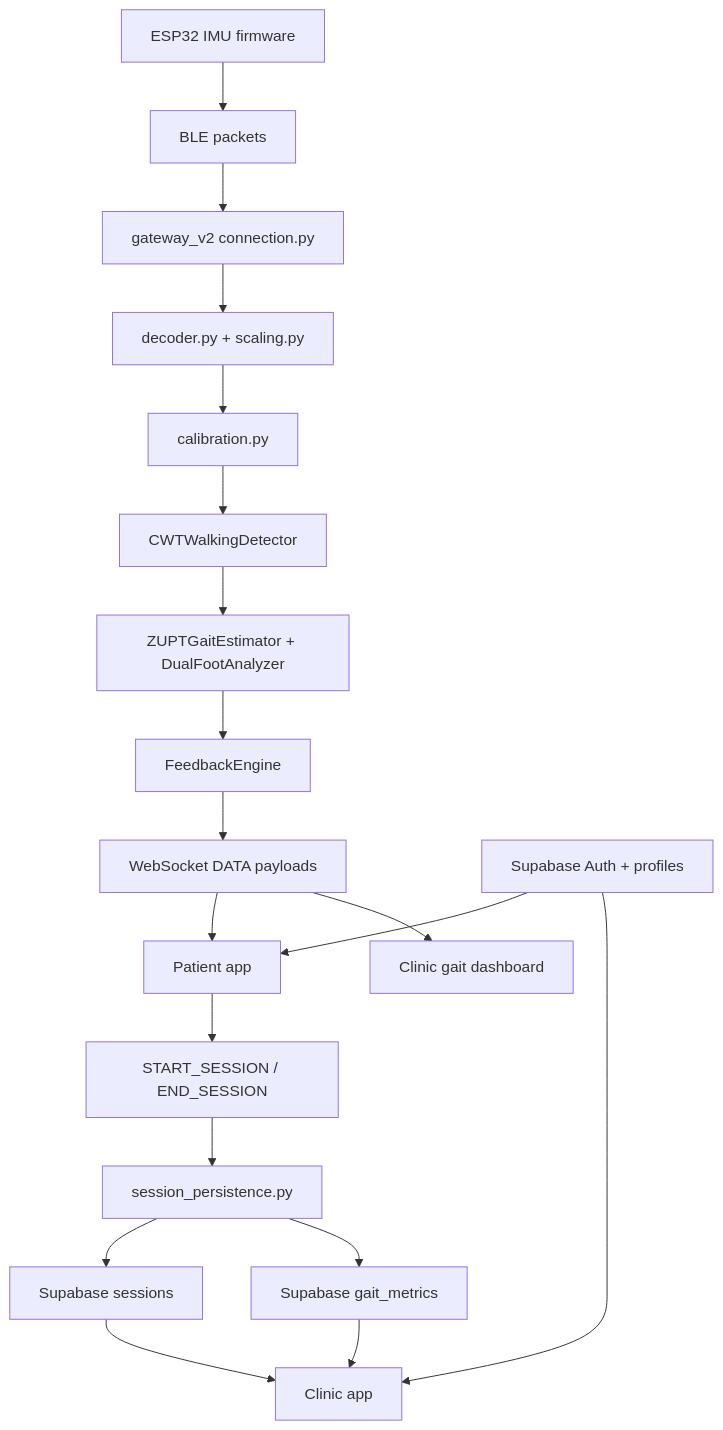
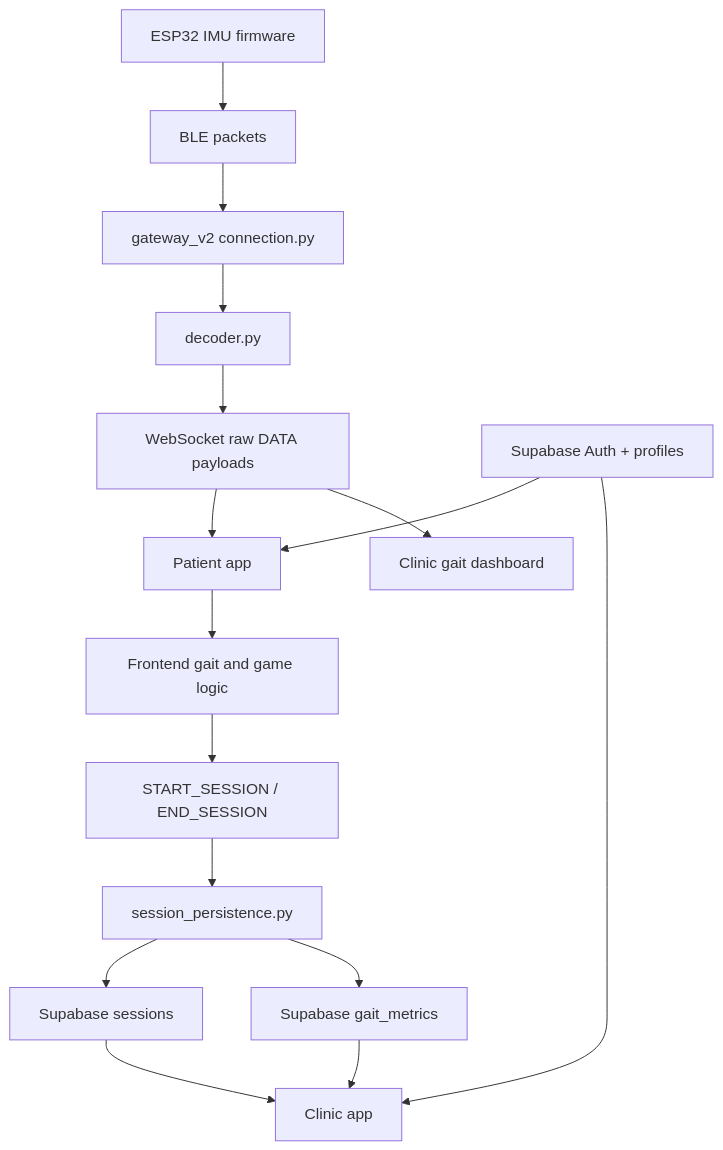
One commit to Nontakorn-dev/DernDee changed the diagram in docs/system-overview.md. Above: the diagram before and after it, drawn with Mermaid. The commit also changed other lines of this file and 10 other files, not shown here.

Commit message:
refactor(gateway): remove legacy gait analysis and document raw streaming architecture

````diff
--- a/docs/system-overview.md
+++ b/docs/system-overview.md
@@ -120,24 +120,21 @@
 ```mermaid
 flowchart TD
     A[ESP32 IMU firmware] --> B[BLE packets]
     B --> C[gateway_v2 connection.py]
-    C --> D[decoder.py + scaling.py]
-    D --> E[calibration.py]
-    E --> F[CWTWalkingDetector]
-    F --> G[ZUPTGaitEstimator + DualFootAnalyzer]
-    G --> H[FeedbackEngine]
-    H --> I[WebSocket DATA payloads]
+  C --> D[decoder.py]
+  D --> I[WebSocket raw DATA payloads]
 
     I --> J[Patient app]
     I --> K[Clinic gait dashboard]
 
-    J --> L[START_SESSION / END_SESSION]
+  J --> J2[Frontend gait and game logic]
+  J2 --> L[START_SESSION / END_SESSION]
     L --> M[session_persistence.py]
     M --> N[Supabase sessions]
     M --> O[Supabase gait_metrics]
 
     P[Supabase Auth + profiles] --> J
     P --> Q[Clinic app]
     N --> Q
     O --> Q
 ```
````
